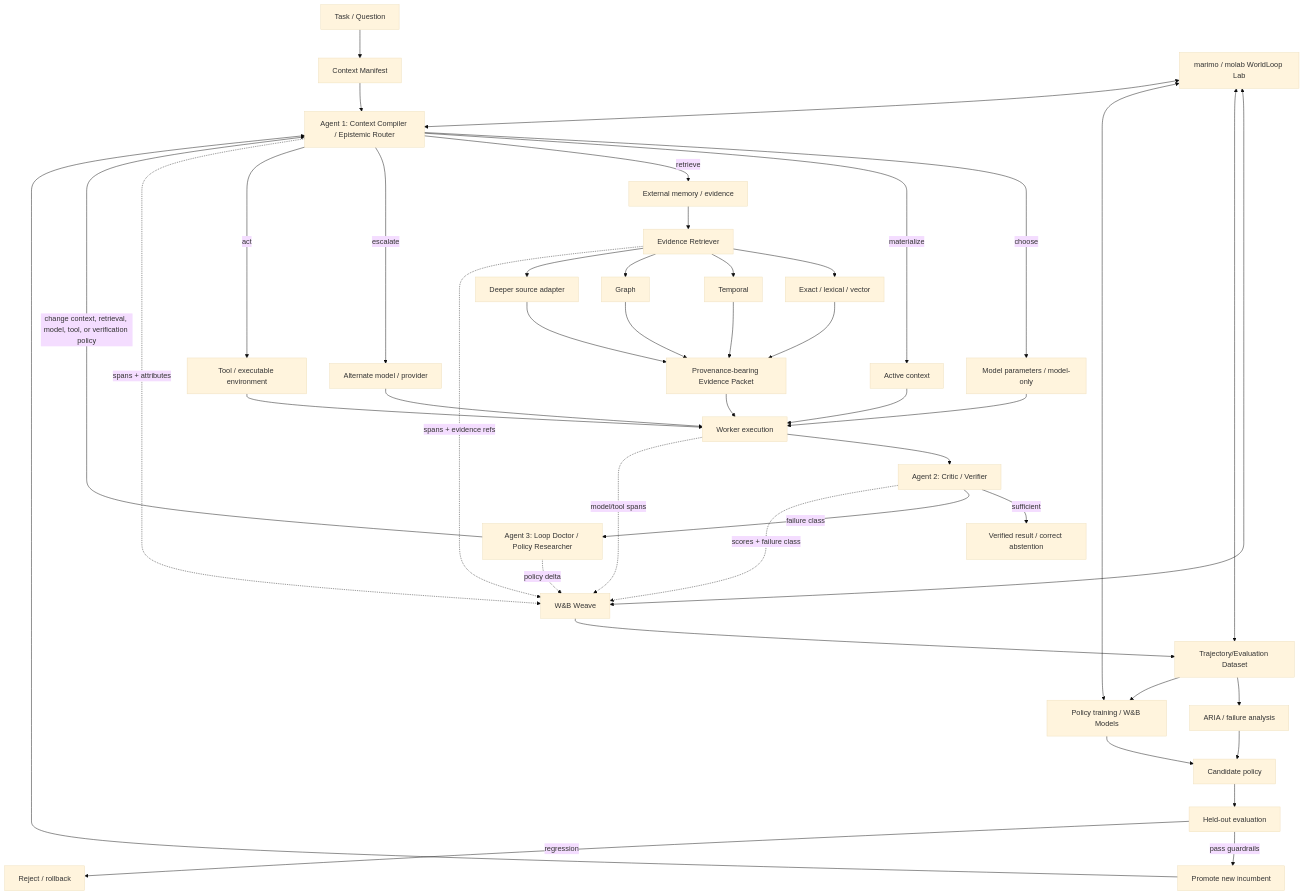
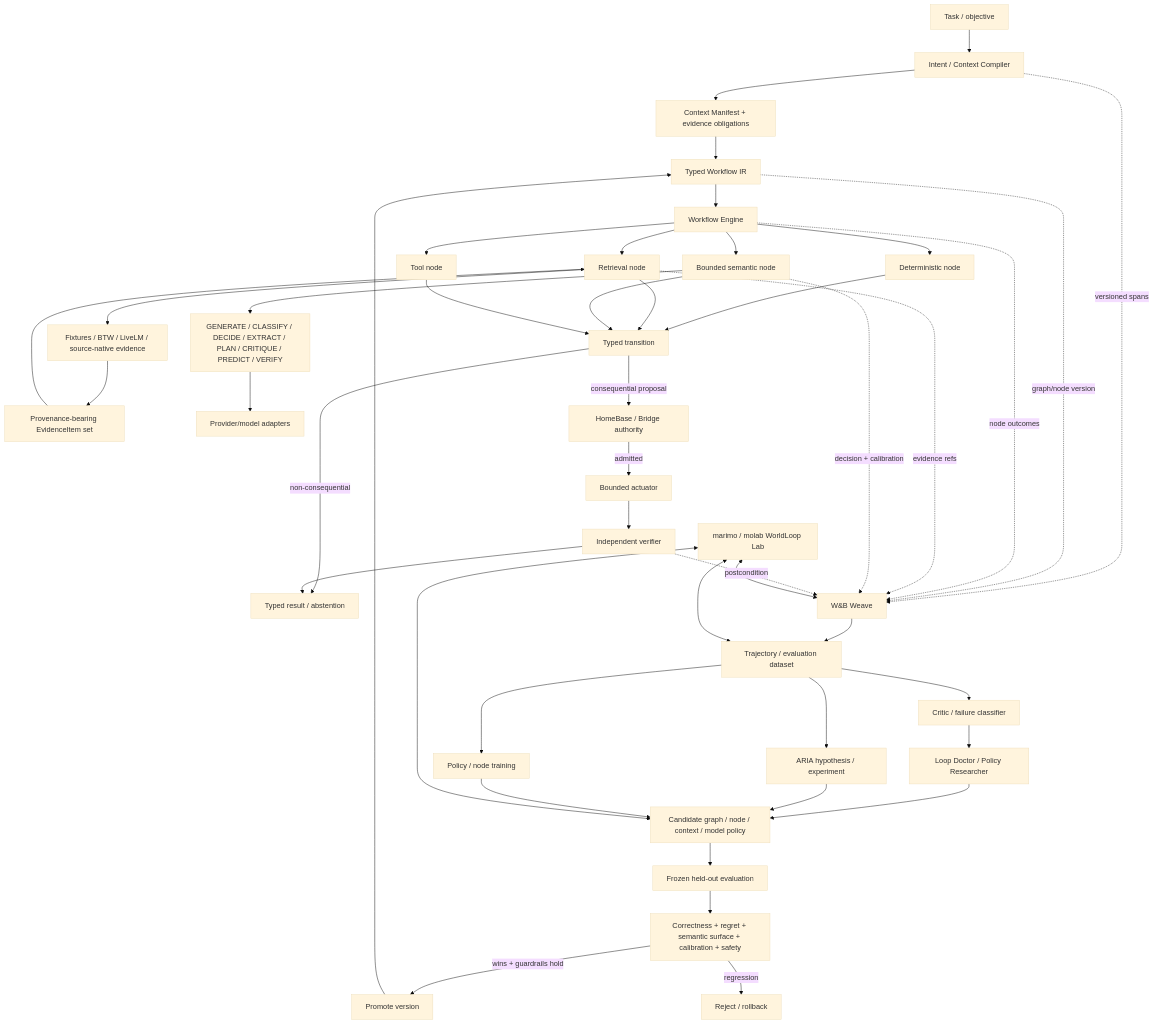
The first of 6 diagrams in docs/ARCHITECTURE.md (jwalin-shah/worldloop), drawn with Mermaid (base theme) before and after one commit. The commit also changed other lines of this file, not shown here.

Commit message:
docs: center WorldLoop on typed compiled execution

````diff
--- a/docs/ARCHITECTURE.md
+++ b/docs/ARCHITECTURE.md
@@ -9,53 +9,56 @@
 ```mermaid
 flowchart TB
-    U[Task / Question] --> CM[Context Manifest]
-    CM --> CC[Agent 1: Context Compiler / Epistemic Router]
+    U[Task / objective] --> IC[Intent / Context Compiler]
+    IC --> CM[Context Manifest + evidence obligations]
+    CM --> IR[Typed Workflow IR]
 
-    CC -->|choose| W[Model parameters / model-only]
-    CC -->|materialize| C[Active context]
-    CC -->|retrieve| M[External memory / evidence]
-    CC -->|escalate| ALT[Alternate model / provider]
-    CC -->|act| TOOL[Tool / executable environment]
+    IR --> ENG[Workflow Engine]
+    ENG --> DET[Deterministic node]
+    ENG --> RET[Retrieval node]
+    ENG --> SEM[Bounded semantic node]
+    ENG --> TOOL[Tool node]
 
-    M --> RET[Evidence Retriever]
-    RET --> EX[Exact / lexical / vector]
-    RET --> TEMP[Temporal]
-    RET --> GRAPH[Graph]
-    RET --> DEEP[Deeper source adapter]
+    RET --> MEM[Fixtures / BTW / LiveLM / source-native evidence]
+    MEM --> PKT[Provenance-bearing EvidenceItem set]
+    PKT --> RET
 
-    W --> EXEC[Worker execution]
-    C --> EXEC
-    EX --> PKT[Provenance-bearing Evidence Packet]
-    TEMP --> PKT
-    GRAPH --> PKT
-    DEEP --> PKT
-    ALT --> EXEC
-    TOOL --> EXEC
-    PKT --> EXEC
+    SEM --> PRIM[GENERATE / CLASSIFY / DECIDE / EXTRACT / PLAN / CRITIQUE / PREDICT / VERIFY]
+    PRIM --> PROVIDERS[Provider/model adapters]
 
-    EXEC --> CR[Agent 2: Critic / Verifier]
-    CR -->|sufficient| OUT[Verified result / correct abstention]
-    CR -->|failure class| LD[Agent 3: Loop Doctor / Policy Researcher]
-    LD -->|change context, retrieval, model, tool, or verification policy| CC
+    DET --> NEXT[Typed transition]
+    RET --> NEXT
+    SEM --> NEXT
+    TOOL --> NEXT
 
-    CC -. spans + attributes .-> WV[W&B Weave]
-    RET -. spans + evidence refs .-> WV
-    EXEC -. model/tool spans .-> WV
-    CR -. scores + failure class .-> WV
-    LD -. policy delta .-> WV
+    NEXT -->|non-consequential| OUT[Typed result / abstention]
+    NEXT -->|consequential proposal| AUTH[HomeBase / Bridge authority]
+    AUTH -->|admitted| ACT[Bounded actuator]
+    ACT --> VER[Independent verifier]
+    VER --> OUT
 
-    WV --> AGG[Trajectory/Evaluation Dataset]
-    AGG --> ARIA[ARIA / failure analysis]
-    AGG --> TRAIN[Policy training / W&B Models]
-    ARIA --> CAND[Candidate policy]
+    IC -. versioned spans .-> WV[W&B Weave]
+    IR -. graph/node version .-> WV
+    ENG -. node outcomes .-> WV
+    RET -. evidence refs .-> WV
+    SEM -. decision + calibration .-> WV
+    VER -. postcondition .-> WV
+
+    WV --> AGG[Trajectory / evaluation dataset]
+    AGG --> CR[Critic / failure classifier]
+    CR --> LD[Loop Doctor / Policy Researcher]
+    LD --> CAND[Candidate graph / node / context / model policy]
+    AGG --> ARIA[ARIA hypothesis / experiment]
+    ARIA --> CAND
+    AGG --> TRAIN[Policy / node training]
     TRAIN --> CAND
-    CAND --> HE[Held-out evaluation]
-    HE -->|pass guardrails| PROMOTE[Promote new incumbent]
-    HE -->|regression| REJECT[Reject / rollback]
-    PROMOTE --> CC
+
+    CAND --> HE[Frozen held-out evaluation]
+    HE --> CMP[Correctness + regret + semantic surface + calibration + safety]
+    CMP -->|wins + guardrails hold| PROMOTE[Promote version]
+    CMP -->|regression| REJECT[Reject / rollback]
+    PROMOTE --> IR
 
     LAB[marimo / molab WorldLoop Lab] <--> WV
     LAB <--> AGG
-    LAB <--> TRAIN
-    LAB <--> CC
+    LAB <--> CAND
 ```
````
